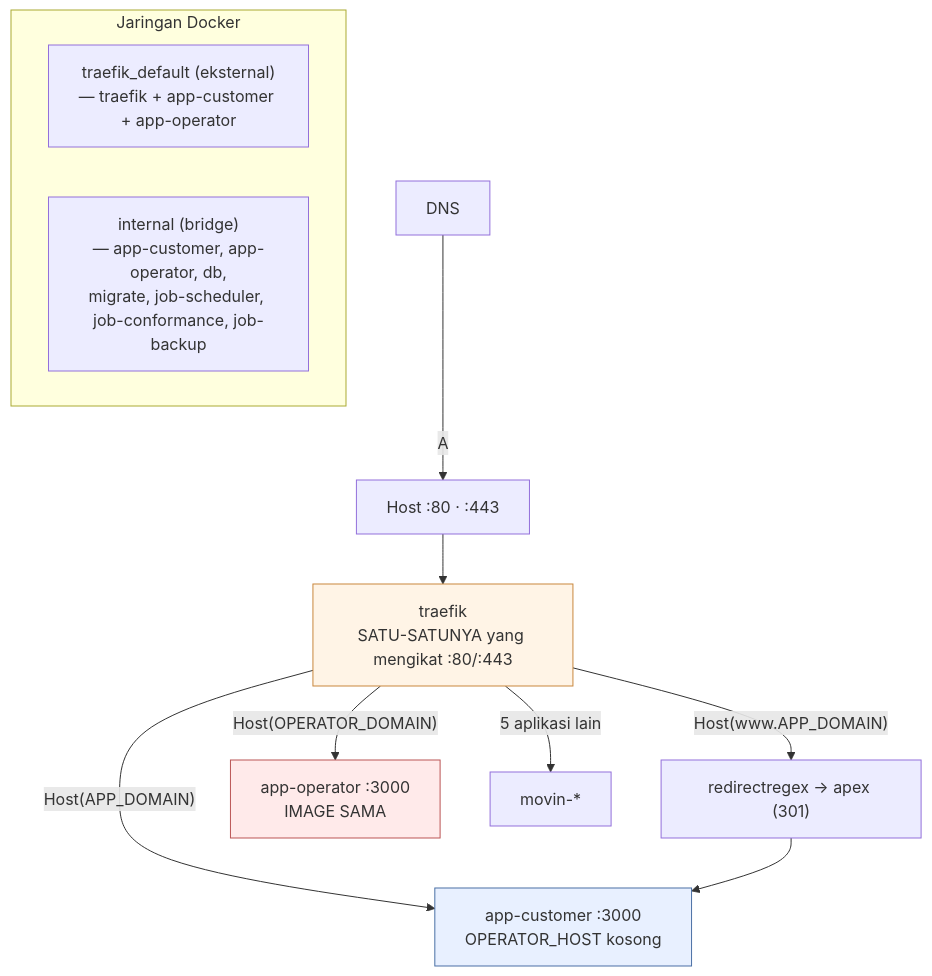
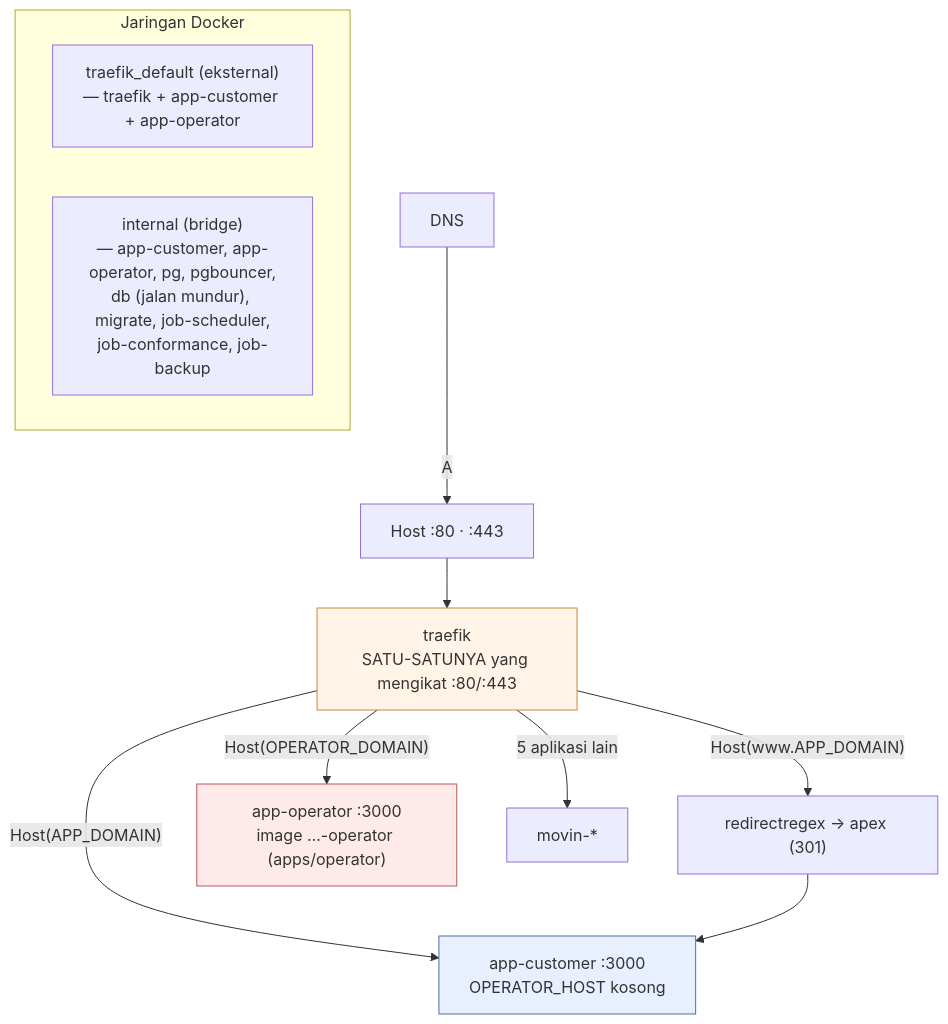
One commit to tri-evendi/sai-accounting changed the first of 5 diagrams in docs/arsitektur/07-INFRASTRUKTUR-DEPLOY.md. Above: the diagram before and after it, drawn with Mermaid. The commit also changed other lines of this file and 43 other files, not shown here.

````diff
--- a/docs/arsitektur/07-INFRASTRUKTUR-DEPLOY.md
+++ b/docs/arsitektur/07-INFRASTRUKTUR-DEPLOY.md
@@ -28,22 +27,22 @@
 ```mermaid
 graph TB
     DNS["DNS"]
     DNS -->|A| HOST["Host :80 · :443"]
     HOST --> TR["traefik<br/>SATU-SATUNYA yang mengikat :80/:443"]
 
     TR -->|"Host(APP_DOMAIN)"| W1["app-customer :3000<br/>OPERATOR_HOST kosong"]
     TR -->|"Host(www.APP_DOMAIN)"| RD["redirectregex → apex (301)"]
-    TR -->|"Host(OPERATOR_DOMAIN)"| W2["app-operator :3000<br/>IMAGE SAMA"]
+    TR -->|"Host(OPERATOR_DOMAIN)"| W2["app-operator :3000<br/>image …-operator (apps/operator)"]
     TR -->|"5 aplikasi lain"| OTHER["movin-*"]
 
     RD --> W1
 
     subgraph nets["Jaringan Docker"]
         N1["traefik_default (eksternal)<br/>— traefik + app-customer + app-operator"]
-        N2["internal (bridge)<br/>— app-customer, app-operator, db,<br/>migrate, job-scheduler, job-conformance, job-backup"]
+        N2["internal (bridge)<br/>— app-customer, app-operator, pg, pgbouncer,<br/>db (jalan mundur), migrate, job-scheduler,<br/>job-conformance, job-backup"]
     end
 
     style TR fill:#fff4e6,stroke:#c9873d
     style W1 fill:#e8f0ff,stroke:#4a6fa5
     style W2 fill:#ffeaea,stroke:#b55
 ```
````
